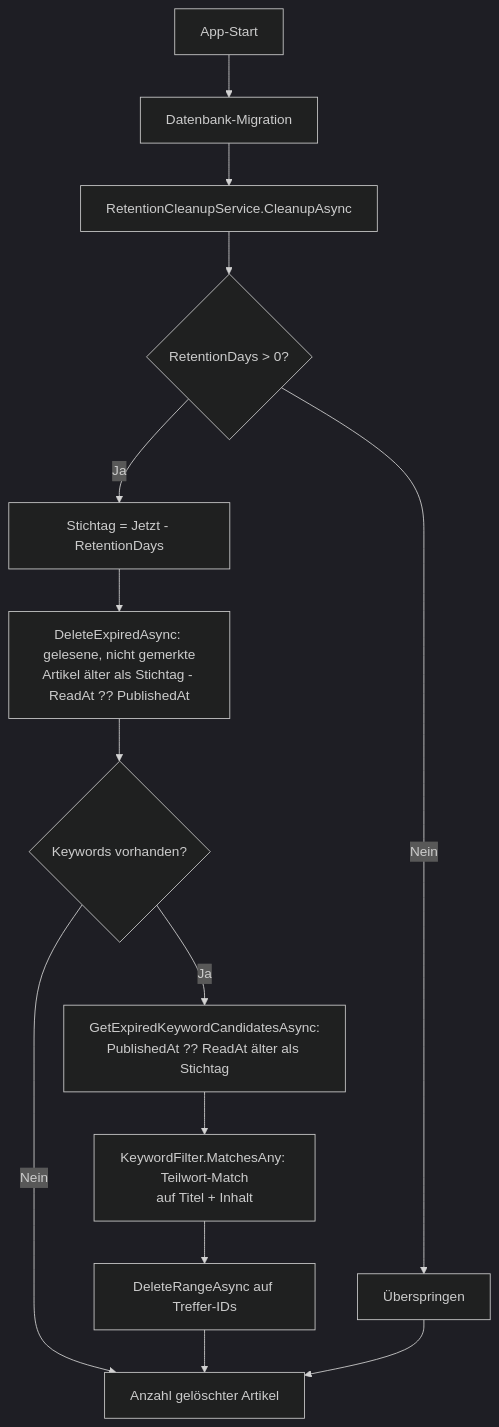
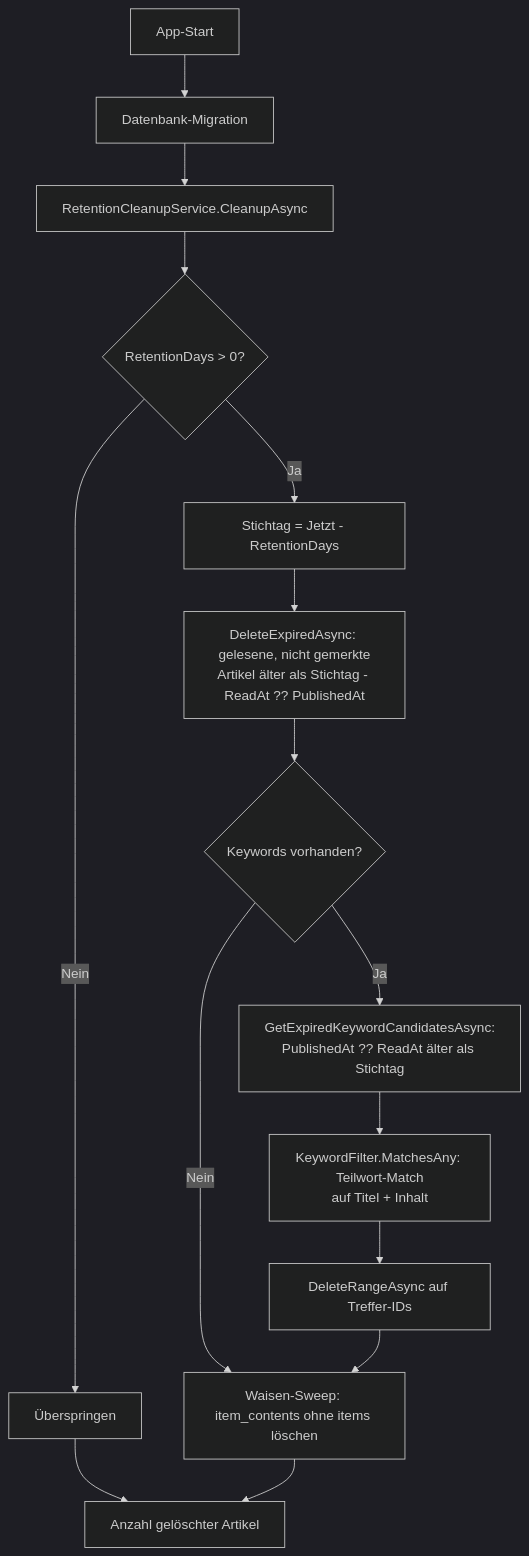
One commit to martin-stromberg/Reporter changed the diagram in docs/help/anwendung/aufbewahrung.md. Above: the diagram before and after it, drawn with Mermaid (dark theme). The commit also changed other lines of this file and 81 other files, not shown here.

````diff
--- a/docs/help/anwendung/aufbewahrung.md
+++ b/docs/help/anwendung/aufbewahrung.md
@@ -43,16 +56,17 @@
 ```mermaid
 flowchart TD
     A[App-Start] --> B[Datenbank-Migration]
     B --> C[RetentionCleanupService.CleanupAsync]
     C --> D{RetentionDays > 0?}
     D -- Nein --> E[Überspringen]
     D -- Ja --> F[Stichtag = Jetzt - RetentionDays]
     F --> G[DeleteExpiredAsync: gelesene, nicht gemerkte<br/>Artikel älter als Stichtag - ReadAt ?? PublishedAt]
     G --> K{Keywords vorhanden?}
-    K -- Nein --> H[Anzahl gelöschter Artikel]
+    K -- Nein --> O[Waisen-Sweep: item_contents ohne items löschen]
     K -- Ja --> L[GetExpiredKeywordCandidatesAsync:<br/>PublishedAt ?? ReadAt älter als Stichtag]
     L --> M[KeywordFilter.MatchesAny: Teilwort-Match<br/>auf Titel + Inhalt]
     M --> N[DeleteRangeAsync auf Treffer-IDs]
-    N --> H
-    E --> H
+    N --> O
+    E --> H[Anzahl gelöschter Artikel]
+    O --> H
 ```
````
